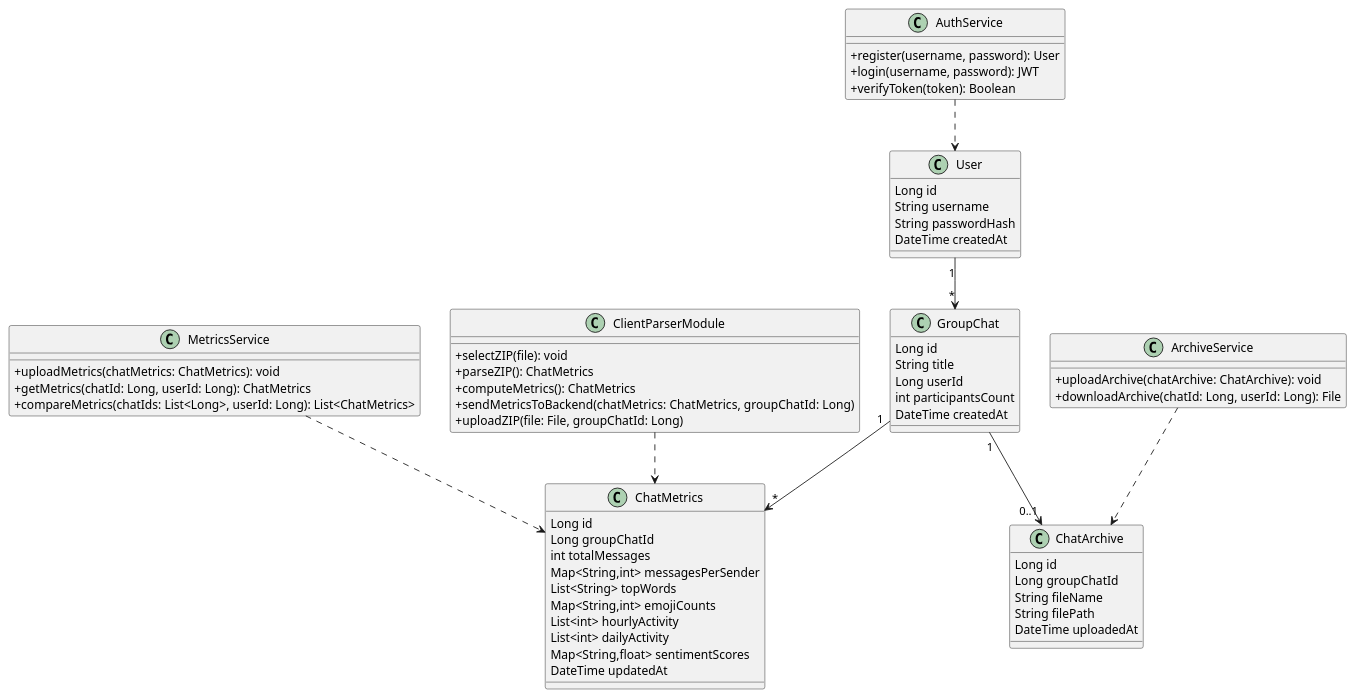
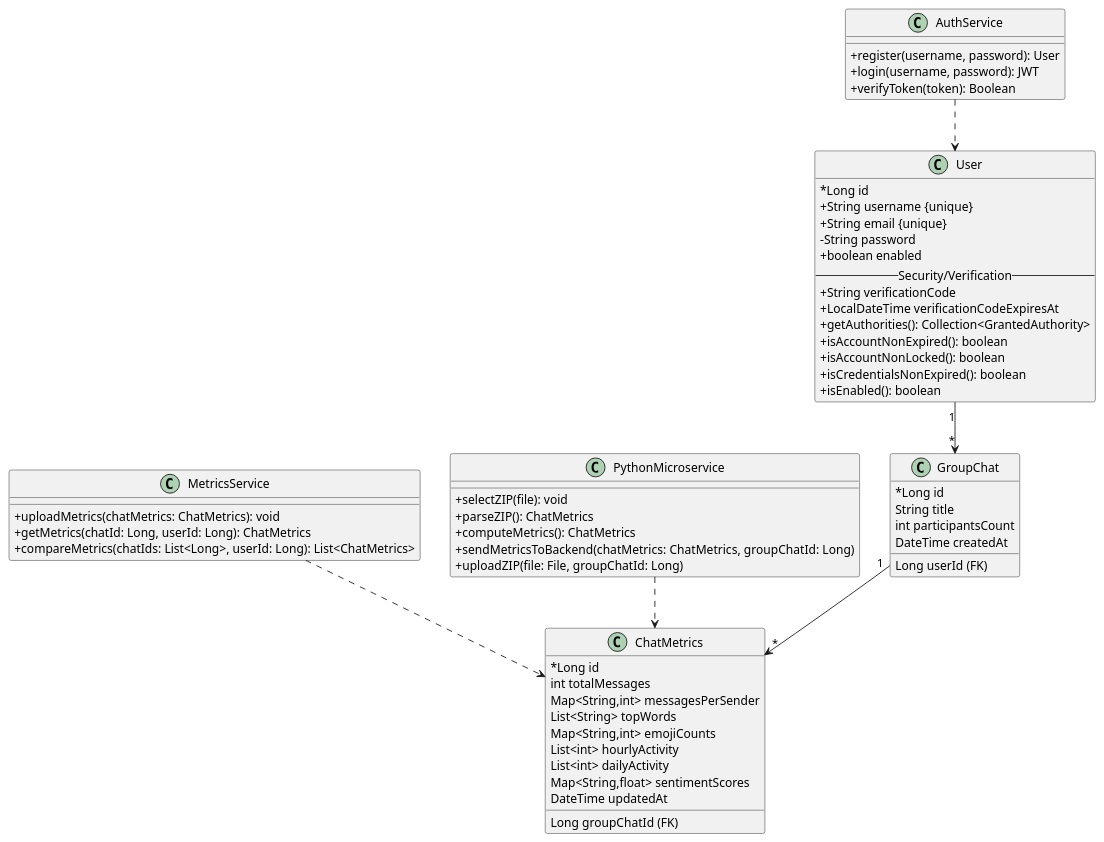
Before and after one commit to duarte3333/Whatsapp_Chat_Analytics: the diagram in backend/assets/whatsapp_uml.puml, drawn with PlantUML.

Commit message:
fix: changed database schema

```diff
--- a/backend/assets/whatsapp_uml.puml
+++ b/backend/assets/whatsapp_uml.puml
@@ -1,87 +1,82 @@
 @startuml
 skinparam classAttributeIconSize 0
 
 '=========================
 ' Entities
 '=========================
 class User {
-  Long id
-  String username
-  String passwordHash
-  DateTime createdAt
+  * Long id
+  + String username {unique}
+  + String email {unique}
+  - String password
+  + boolean enabled
+  -- Security/Verification --
+  + String verificationCode
+  + LocalDateTime verificationCodeExpiresAt
+  + getAuthorities(): Collection<GrantedAuthority>
+  + isAccountNonExpired(): boolean
+  + isAccountNonLocked(): boolean
+  + isCredentialsNonExpired(): boolean
+  + isEnabled(): boolean
 }
 
 class GroupChat {
-  Long id
+  * Long id
   String title
-  Long userId
+  Long userId (FK)
   int participantsCount
   DateTime createdAt
 }
 
 class ChatMetrics {
-  Long id
-  Long groupChatId
+  * Long id
+  Long groupChatId (FK)
   int totalMessages
   Map<String,int> messagesPerSender
   List<String> topWords
   Map<String,int> emojiCounts
   List<int> hourlyActivity
   List<int> dailyActivity
   Map<String,float> sentimentScores
   DateTime updatedAt
 }
 
-class ChatArchive {
-  Long id
-  Long groupChatId
-  String fileName
-  String filePath
-  DateTime uploadedAt
-}
 
 ' Relationships
 User "1" --> "*" GroupChat
 GroupChat "1" --> "*" ChatMetrics
-GroupChat "1" --> "0..1" ChatArchive
 
 '=========================
 ' Services
 '=========================
 class AuthService {
   +register(username, password): User
   +login(username, password): JWT
   +verifyToken(token): Boolean
 }
 
 class MetricsService {
   +uploadMetrics(chatMetrics: ChatMetrics): void
   +getMetrics(chatId: Long, userId: Long): ChatMetrics
   +compareMetrics(chatIds: List<Long>, userId: Long): List<ChatMetrics>
 }
 
-class ArchiveService {
-  +uploadArchive(chatArchive: ChatArchive): void
-  +downloadArchive(chatId: Long, userId: Long): File
-}
 
 ' Relationships: Services operate on entities
 AuthService ..> User
 MetricsService ..> ChatMetrics
-ArchiveService ..> ChatArchive
 
 '=========================
 ' Client-side module
 '=========================
-class ClientParserModule {
+class PythonMicroservice {
   +selectZIP(file): void
   +parseZIP(): ChatMetrics
   +computeMetrics(): ChatMetrics
   +sendMetricsToBackend(chatMetrics: ChatMetrics, groupChatId: Long)
   +uploadZIP(file: File, groupChatId: Long)
 }
 
-ClientParserModule ..> ChatMetrics
-
+PythonMicroservice ..> ChatMetrics
 
 @enduml
```
